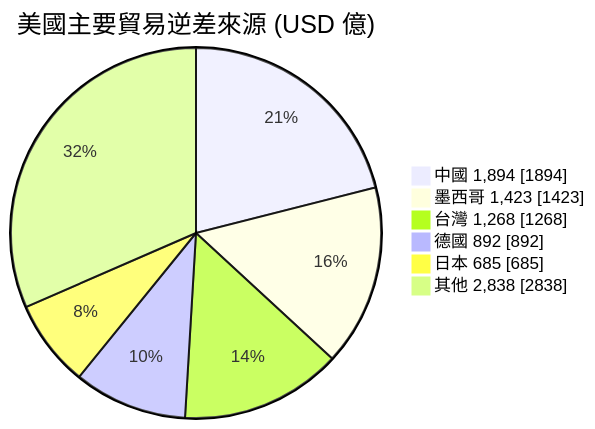
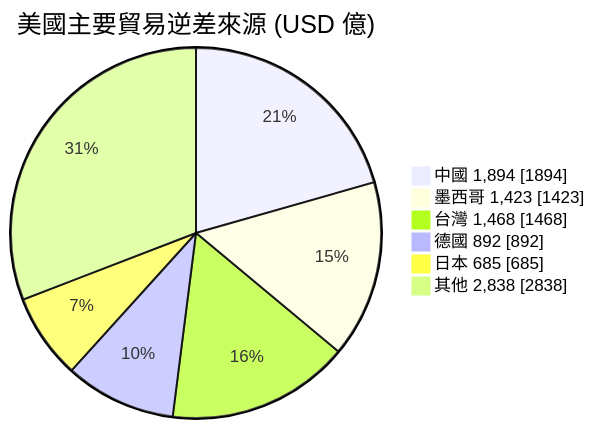
The diagram in docs/index.md (weiqi-kids/agent.cross-border-trade), drawn with Mermaid before and after one commit. The commit also changed other lines of this file and 90 other files, not shown here.

````diff
--- a/docs/index.md
+++ b/docs/index.md
@@ -118,10 +118,10 @@
 ```mermaid
 pie showData
     title 美國主要貿易逆差來源 (USD 億)
     "中國 1,894" : 1894
     "墨西哥 1,423" : 1423
-    "台灣 1,268" : 1268
+    "台灣 1,468" : 1468
     "德國 892" : 892
     "日本 685" : 685
     "其他 2,838" : 2838
 ```
````
